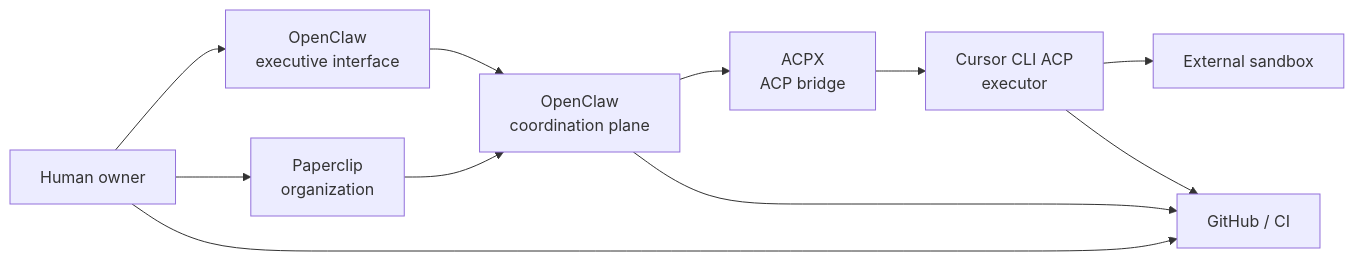
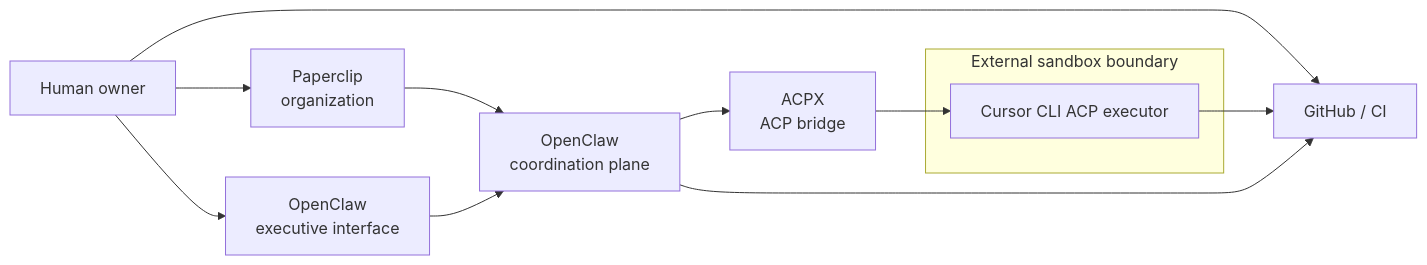
Before and after one commit to sergio-tr/engineering-os: the diagram in docs/architecture/baseline.md, drawn with Mermaid. The commit also changed 17 other files, not shown here.

````diff
--- a/docs/architecture/baseline.md
+++ b/docs/architecture/baseline.md
@@ -7,23 +7,24 @@
 ```mermaid
 flowchart LR
   Owner[Human owner]
   Paperclip[Paperclip<br/>organization]
   OpenClawExec[OpenClaw<br/>executive interface]
   OpenClawCoord[OpenClaw<br/>coordination plane]
   ACPX[ACPX<br/>ACP bridge]
-  CursorACP[Cursor CLI ACP<br/>executor]
-  Sandbox[External sandbox]
   GitHub[GitHub / CI]
+
+  subgraph SandboxBoundary[External sandbox boundary]
+    CursorACP[Cursor CLI ACP executor]
+  end
 
   Owner --> OpenClawExec
   Owner --> Paperclip
   Owner --> GitHub
 
   Paperclip --> OpenClawCoord
   OpenClawExec --> OpenClawCoord
   OpenClawCoord --> ACPX
   ACPX --> CursorACP
-  CursorACP --> Sandbox
   CursorACP --> GitHub
   OpenClawCoord --> GitHub
 ```
````
